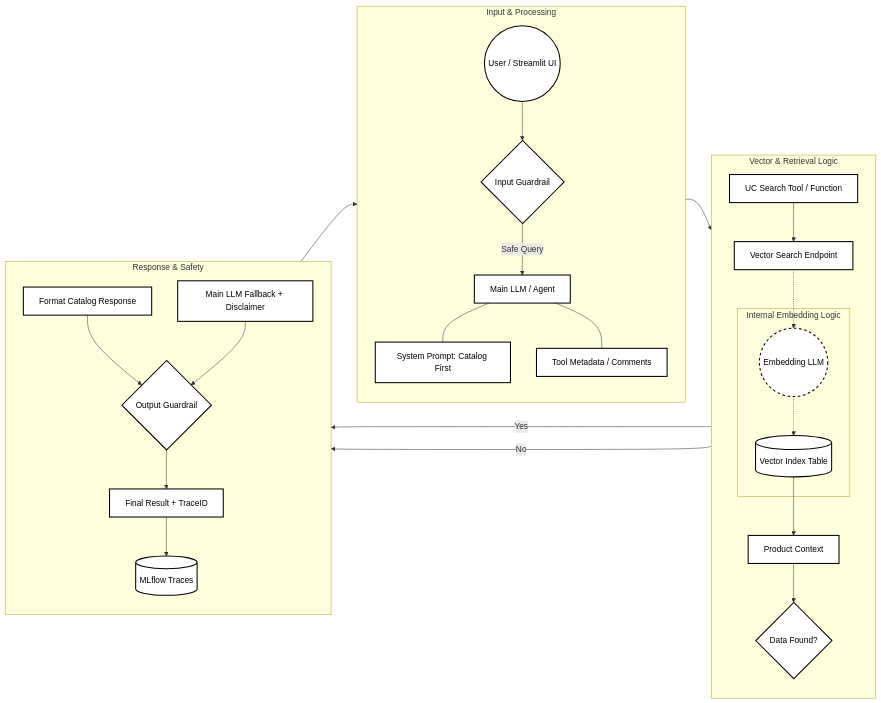
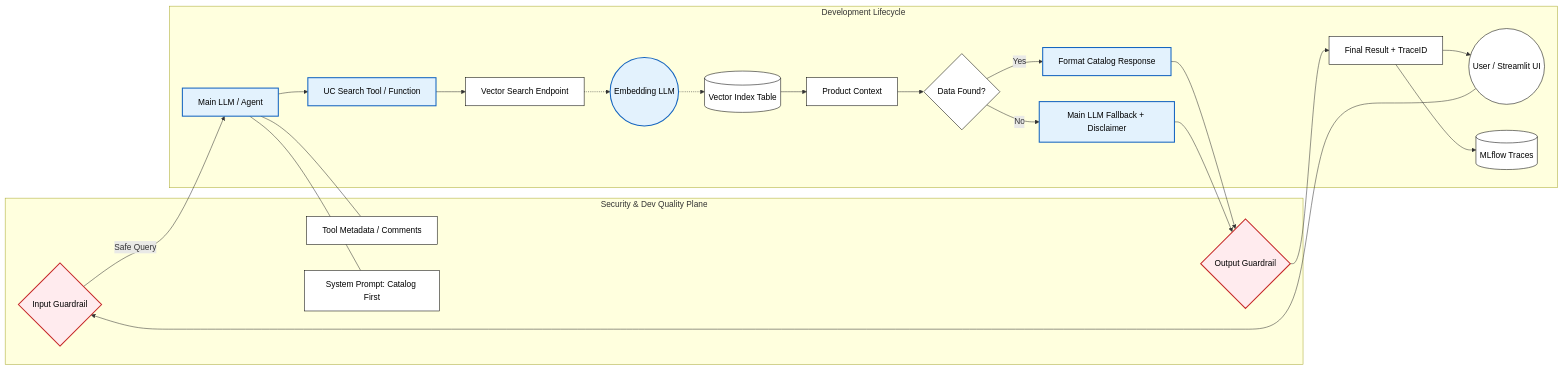
The second of 3 diagrams in README.md (aloysiusdjosephaws-cmyk/genai-demos), drawn with Mermaid before and after one commit. The commit also changed other lines of this file, not shown here.

````diff
--- a/README.md
+++ b/README.md
@@ -195,46 +195,37 @@
 ```mermaid
 graph LR
-    %% Global Styles
-    classDef default fill:#fff,stroke:#000,stroke-width:2px,color:#000;
-    classDef internal stroke-dasharray: 5 5;
+    %% Development Focus Styles
+    classDef default fill:#fff,stroke:#000,stroke-width:1px,color:#000;
+    classDef dev fill:#e3f2fd,stroke:#1565c0,stroke-width:2px;
+    classDef guard fill:#ffebee,stroke:#c62828,stroke-width:2px;
 
-    %% Column 1: Input & Brain
-    subgraph C1 [Input & Processing]
-        direction TB
-        USER((User / Streamlit UI)) --> GIN{Input Guardrail}
-        GIN -->|Safe Query| AGENT[Main LLM / Agent]
-        AGENT --- PROMPT[System Prompt: Catalog First]
-        AGENT --- META[Tool Metadata / Comments]
+    subgraph SEC [Security & Dev Quality Plane]
+        GIN{Input Guardrail}
+        GOUT{Output Guardrail}
+        META[Tool Metadata / Comments]
+        PROMPT[System Prompt: Catalog First]
     end
 
-    %% Column 2: Search & Logic
-    subgraph C2 [Vector & Retrieval Logic]
-        direction TB
+    subgraph Flow [Development Lifecycle]
+        USER((User / Streamlit UI)) --> GIN
+        GIN -->|Safe Query| AGENT[Main LLM / Agent]
+        AGENT --- PROMPT
+        AGENT --- META
         AGENT --> TOOL[UC Search Tool / Function]
         TOOL --> VSE[Vector Search Endpoint]
-        subgraph Internal [Internal Embedding Logic]
-            EMB((Embedding LLM)) -.-> VIX[(Vector Index Table)]
-        end
-        VSE -.-> EMB
+        VSE -.-> EMB((Embedding LLM)) -.-> VIX[(Vector Index Table)]
         VIX --> CTX[Product Context]
         CTX --> CHOICE{Data Found?}
-    end
-
-    %% Column 3: Output & Observability
-    subgraph C3 [Response & Safety]
-        direction TB
         CHOICE -->|Yes| FOUND[Format Catalog Response]
         CHOICE -->|No| FALL[Main LLM Fallback + Disclaimer]
-        FOUND --> GOUT{Output Guardrail}
+        FOUND --> GOUT
         FALL --> GOUT
         GOUT --> FINAL[Final Result + TraceID]
         FINAL --> MLF[(MLflow Traces)]
         FINAL --> USER
     end
-
-    %% Force layout columns
-    C1 ~~~ C2 ~~~ C3
-
-    class EMB internal;
+    
+    class GIN,GOUT guard;
+    class AGENT,TOOL,EMB,FOUND,FALL dev;
 
 ```
````
